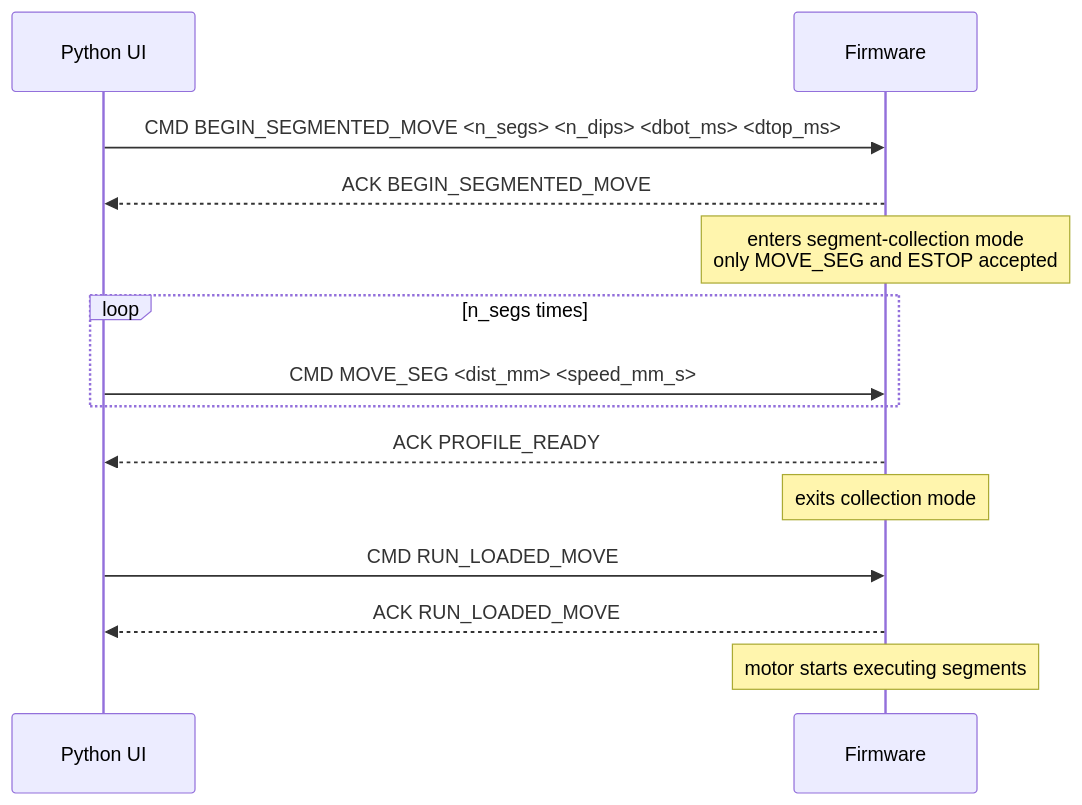
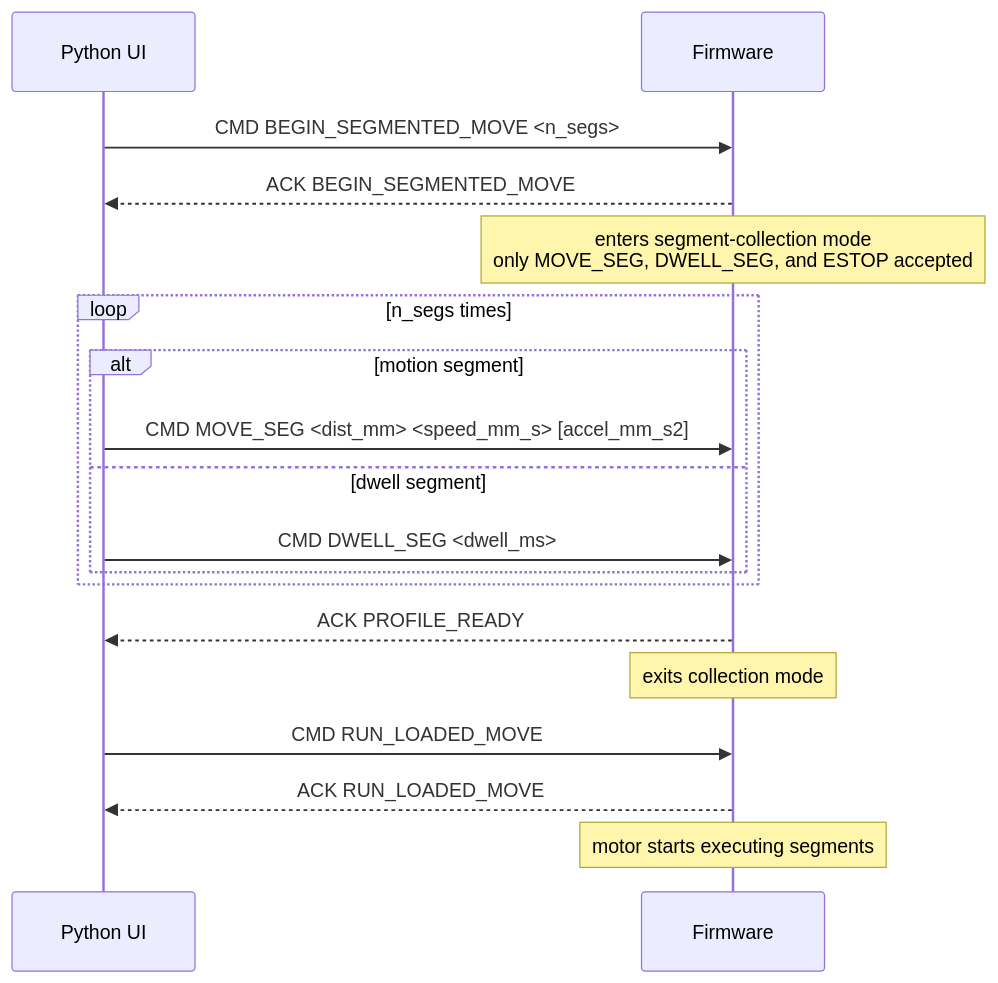
One commit to rohitkjohnedu/The-big-dipper changed the second of 2 diagrams in arduino/dip_coater_firmware/docs/COMMAND_PROTOCOL.md. Above: the diagram before and after it, drawn with Mermaid. The commit also changed other lines of this file and 4 other files, not shown here.

Commit message:
Updated the segmented run. Removed the number of dwells and added a separate dwell segment.

````diff
--- a/arduino/dip_coater_firmware/docs/COMMAND_PROTOCOL.md
+++ b/arduino/dip_coater_firmware/docs/COMMAND_PROTOCOL.md
@@ -111,23 +142,27 @@
 ```mermaid
 sequenceDiagram
     participant PY as Python UI
     participant FW as Firmware
 
-    PY->>FW: CMD BEGIN_SEGMENTED_MOVE <n_segs> <n_dips> <dbot_ms> <dtop_ms>
+    PY->>FW: CMD BEGIN_SEGMENTED_MOVE <n_segs>
     FW-->>PY: ACK BEGIN_SEGMENTED_MOVE
 
-    Note over FW: enters segment-collection mode<br/>only MOVE_SEG and ESTOP accepted
+    Note over FW: enters segment-collection mode<br/>only MOVE_SEG, DWELL_SEG, and ESTOP accepted
 
     loop n_segs times
-        PY->>FW: CMD MOVE_SEG <dist_mm> <speed_mm_s>
+        alt motion segment
+            PY->>FW: CMD MOVE_SEG <dist_mm> <speed_mm_s> [accel_mm_s2]
+        else dwell segment
+            PY->>FW: CMD DWELL_SEG <dwell_ms>
+        end
     end
 
     FW-->>PY: ACK PROFILE_READY
 
     Note over FW: exits collection mode
 
     PY->>FW: CMD RUN_LOADED_MOVE
     FW-->>PY: ACK RUN_LOADED_MOVE
 
     Note over FW: motor starts executing segments
 ```
````
